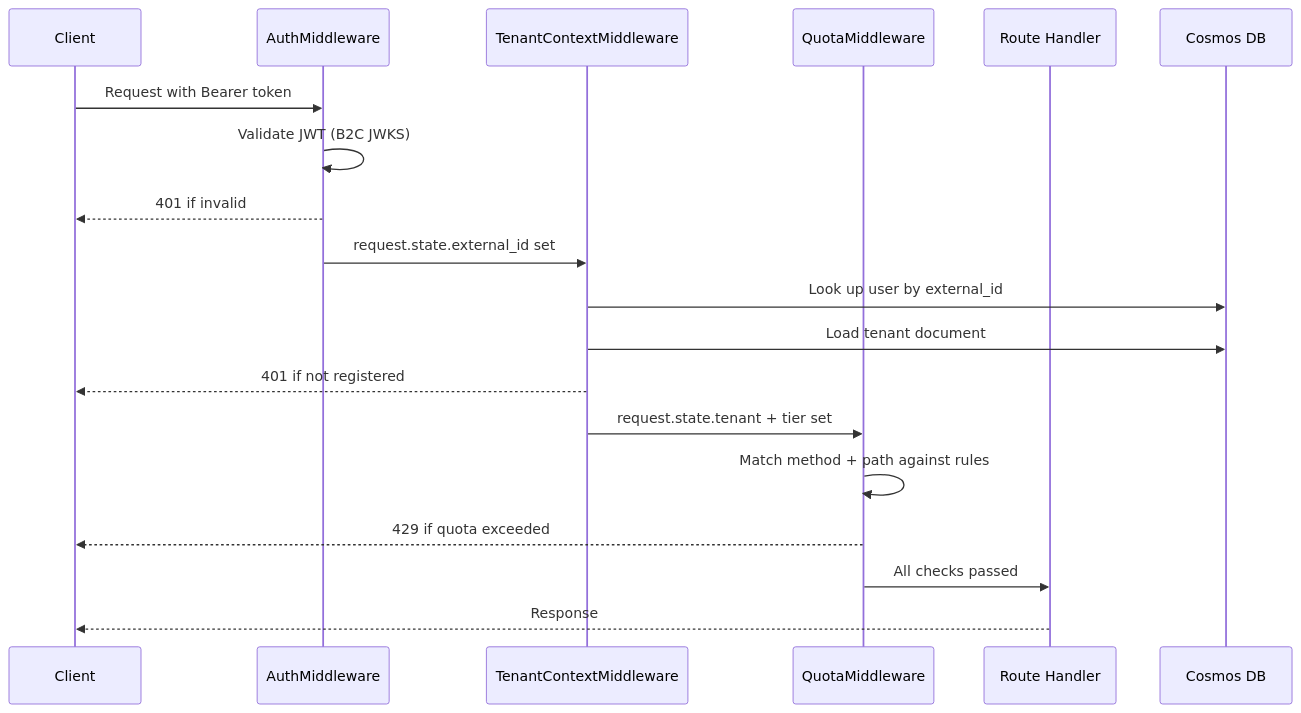
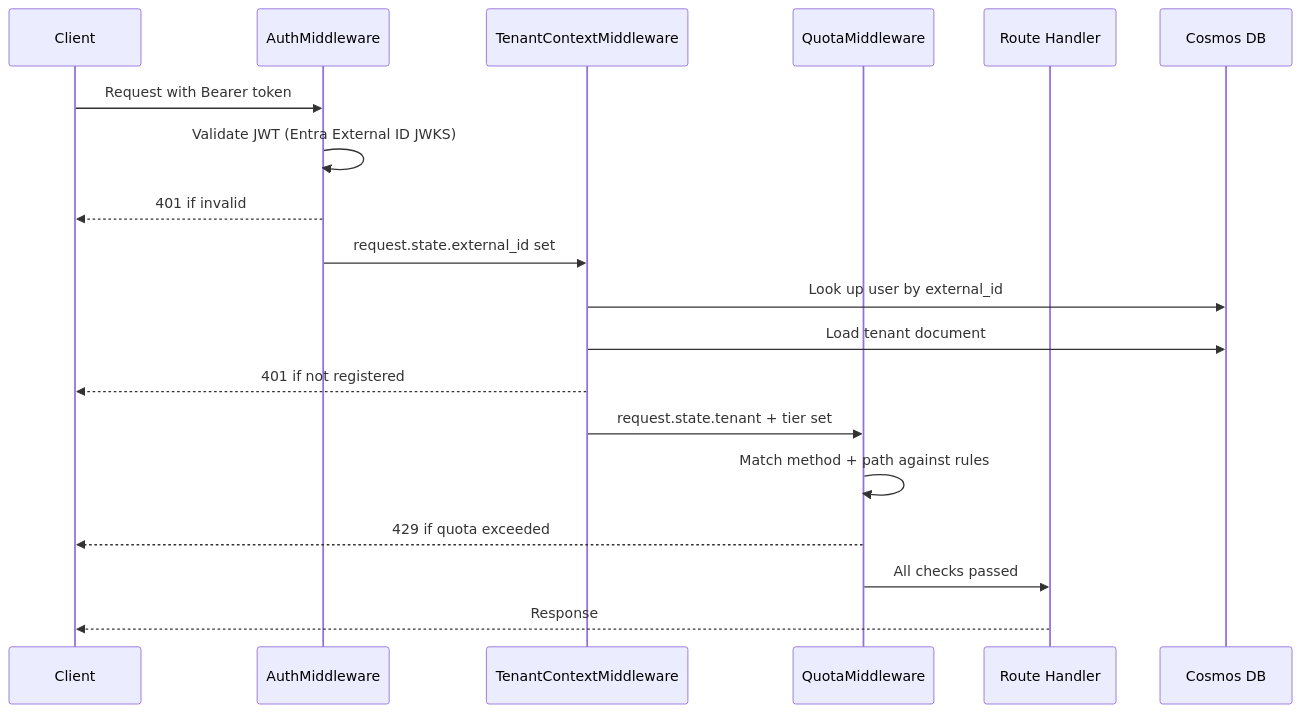
The first of 3 diagrams in docs/architecture/tenancy-and-auth.md (christopherhouse/Azure-Integration-Copilot), drawn with Mermaid before and after one commit. The commit also changed other lines of this file and 3 other files, not shown here.

First line of the commit message:
refactor: migrate auth from Azure AD B2C to Microsoft Entra External ID (CIAM)

````diff
--- a/docs/architecture/tenancy-and-auth.md
+++ b/docs/architecture/tenancy-and-auth.md
@@ -49,25 +49,25 @@
 ```mermaid
 sequenceDiagram
     participant Client
     participant Auth as AuthMiddleware
     participant Tenant as TenantContextMiddleware
     participant Quota as QuotaMiddleware
     participant Router as Route Handler
     participant Cosmos as Cosmos DB
 
     Client->>Auth: Request with Bearer token
-    Auth->>Auth: Validate JWT (B2C JWKS)
+    Auth->>Auth: Validate JWT (Entra External ID JWKS)
     Auth-->>Client: 401 if invalid
 
     Auth->>Tenant: request.state.external_id set
     Tenant->>Cosmos: Look up user by external_id
     Tenant->>Cosmos: Load tenant document
     Tenant-->>Client: 401 if not registered
 
     Tenant->>Quota: request.state.tenant + tier set
     Quota->>Quota: Match method + path against rules
     Quota-->>Client: 429 if quota exceeded
 
     Quota->>Router: All checks passed
     Router-->>Client: Response
 ```
````
